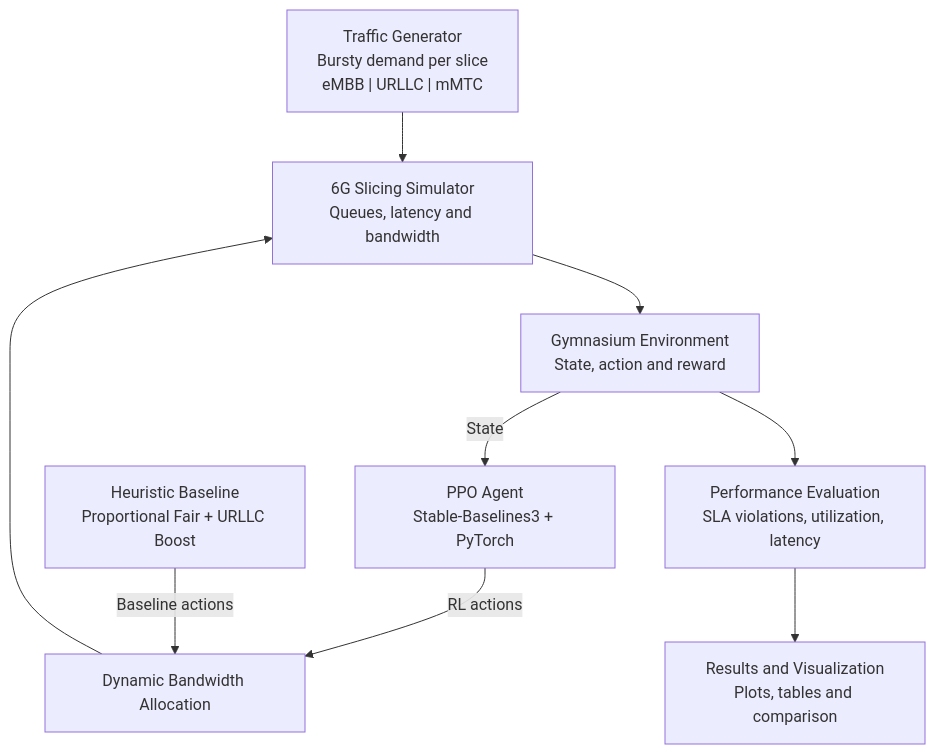
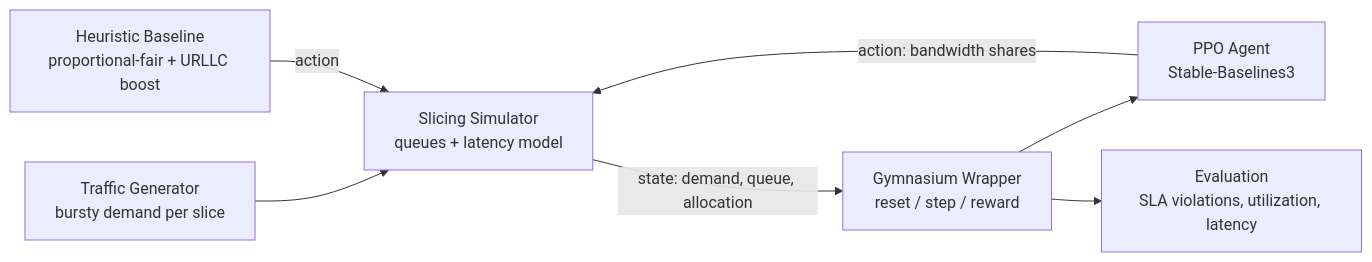
Before and after one commit to Shriraamakrishanan/Native-Resource-Allocation-Dynamic-6G: the diagram in README.md, drawn with Mermaid. The commit also changed other lines of this file, not shown here.

Commit message:
Revise architecture diagram in README.md
Updated architecture diagram to reflect changes in traffic generator and slicing simulator.

````diff
--- a/README.md
+++ b/README.md
@@ -18,20 +18,9 @@
 ```mermaid
-flowchart TD
-    A["Traffic Generator<br/>Bursty demand per slice<br/>eMBB | URLLC | mMTC"]
-    B["6G Slicing Simulator<br/>Queues, latency and bandwidth"]
-    C["Gymnasium Environment<br/>State, action and reward"]
-    D["PPO Agent<br/>Stable-Baselines3 + PyTorch"]
-    E["Heuristic Baseline<br/>Proportional Fair + URLLC Boost"]
-    F["Dynamic Bandwidth Allocation"]
-    G["Performance Evaluation<br/>SLA violations, utilization, latency"]
-    H["Results and Visualization<br/>Plots, tables and comparison"]
-
-    A --> B
-    B --> C
-    C -->|"State"| D
-    D -->|"RL actions"| F
-    E -->|"Baseline actions"| F
-    F --> B
-    C --> G
-    G --> H
+flowchart LR
+    A["Traffic Generator<br/>bursty demand per slice"] --> B["Slicing Simulator<br/>queues + latency model"]
+    B -->|"state: demand, queue, allocation"| C["Gymnasium Wrapper<br/>reset / step / reward"]
+    C --> D["PPO Agent<br/>Stable-Baselines3"]
+    D -->|"action: bandwidth shares"| B
+    E["Heuristic Baseline<br/>proportional-fair + URLLC boost"] -->|"action"| B
+    C --> F["Evaluation<br/>SLA violations, utilization, latency"]
 ```
````
